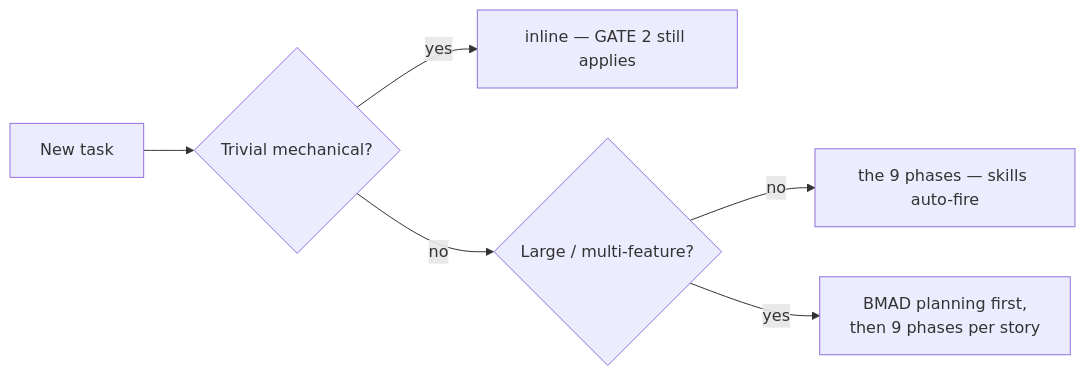
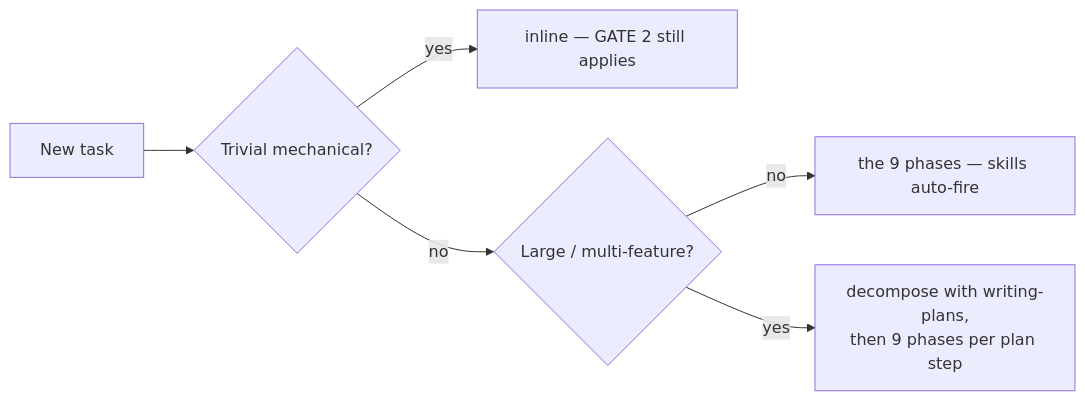
Before and after one commit to HenriGeorge/AutoCue: the fourth of 15 diagrams in docs/OVERVIEW.md, drawn with Mermaid. The commit also changed other lines of this file and 5 other files, not shown here.

````diff
--- a/docs/OVERVIEW.md
+++ b/docs/OVERVIEW.md
@@ -93,8 +91,8 @@
 ```mermaid
 flowchart LR
     Q[New task] --> Q1{Trivial mechanical?}
     Q1 -->|yes| Inline["inline — GATE 2 still applies"]
     Q1 -->|no| Q2{Large / multi-feature?}
     Q2 -->|no| Std["the 9 phases — skills auto-fire"]
-    Q2 -->|yes| Heavy["BMAD planning first,<br/>then 9 phases per story"]
+    Q2 -->|yes| Heavy["decompose with writing-plans,<br/>then 9 phases per plan step"]
 ```
````
